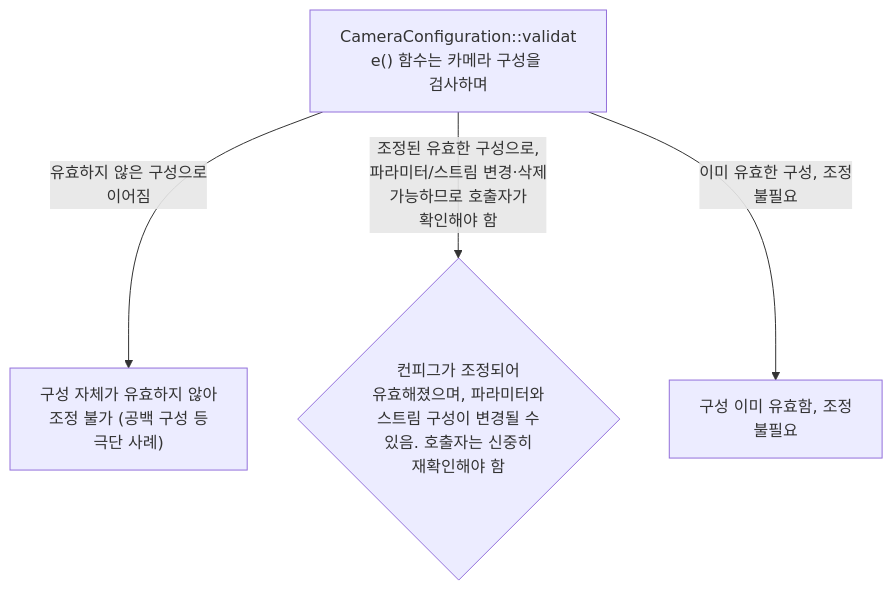
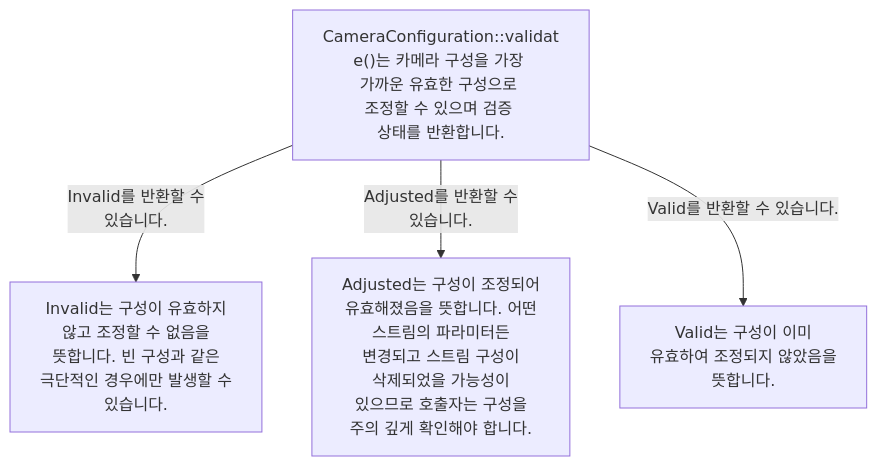
The first of 2 diagrams in docs/vendor-assurance.md (TTolsun/libcamera-sdd), drawn with Mermaid before and after one commit. The commit also changed other lines of this file and 302 other files, not shown here.

````diff
--- a/docs/vendor-assurance.md
+++ b/docs/vendor-assurance.md
@@ -37,11 +37,11 @@
 ```mermaid
 flowchart TB
-%% sdd:translations {"CameraConfiguration::validat<br/>e() 함수는 카메라 구성을 <br/>검사하며": "The <br/>CameraConfiguration::validat<br/>e() function checks the <br/>camera configuration and", "구성 이미 유효함, 조정 <br/>불필요": "Configuration already <br/>valid, no adjustment needed", "구성 자체가 유효하지 않아 <br/>조정 불가 (공백 구성 등 <br/>극단 사례)": "Configuration itself is <br/>invalid and cannot be <br/>adjusted (extreme cases <br/>like empty configuration)", "유효하지 않은 구성으로 <br/>이어짐": "Leads to invalid <br/>configuration status", "이미 유효한 구성, 조정 <br/>불필요": "Already valid config, no <br/>adjustment needed", "조정된 유효한 구성으로, <br/>파라미터/스트림 변경·삭제 <br/>가능하므로 호출자가 <br/>확인해야 함": "To adjusted valid config; <br/>parameters/streams may have <br/>been changed or removed; <br/>caller must verify", "컨피그가 조정되어 <br/>유효해졌으며, 파라미터와 <br/>스트림 구성이 변경될 수 <br/>있음. 호출자는 신중히 <br/>재확인해야 함": "Configuration was adjusted <br/>and now valid; parameters <br/>or stream configurations <br/>may have been changed; <br/>caller must check carefully"}
-  v_n0["CameraConfiguration::validat<br/>e() 함수는 카메라 구성을 <br/>검사하며"]
-  v_n1["구성 자체가 유효하지 않아 <br/>조정 불가 (공백 구성 등 <br/>극단 사례)"]
-  v_n2{"컨피그가 조정되어 <br/>유효해졌으며, 파라미터와 <br/>스트림 구성이 변경될 수 <br/>있음. 호출자는 신중히 <br/>재확인해야 함"}
-  v_n3["구성 이미 유효함, 조정 <br/>불필요"]
-  v_n0 -->|"유효하지 않은 구성으로 <br/>이어짐"| v_n1
-  v_n0 -->|"조정된 유효한 구성으로, <br/>파라미터/스트림 변경·삭제 <br/>가능하므로 호출자가 <br/>확인해야 함"| v_n2
-  v_n0 -->|"이미 유효한 구성, 조정 <br/>불필요"| v_n3
+%% sdd:translations {"Adjusted는 구성이 조정되어 <br/>유효해졌음을 뜻합니다. 어떤 <br/>스트림의 파라미터든 <br/>변경되고 스트림 구성이 <br/>삭제되었을 가능성이 <br/>있으므로 호출자는 구성을 <br/>주의 깊게 확인해야 합니다.": "Adjusted means the <br/>configuration has been <br/>adjusted and is now valid. <br/>Parameters for any stream <br/>may have changed and stream <br/>configurations may have <br/>been removed, so the caller <br/>must check the <br/>configuration carefully.", "Adjusted를 반환할 수 <br/>있습니다.": "It may return Adjusted.", "CameraConfiguration::validat<br/>e()는 카메라 구성을 가장 <br/>가까운 유효한 구성으로 <br/>조정할 수 있으며 검증 <br/>상태를 반환합니다.": "CameraConfiguration::validat<br/>e() may adjust the camera <br/>configuration to the <br/>closest valid configuration <br/>and returns the validation <br/>status.", "Invalid는 구성이 유효하지 <br/>않고 조정할 수 없음을 <br/>뜻합니다. 빈 구성과 같은 <br/>극단적인 경우에만 발생할 수 <br/>있습니다.": "Invalid means the <br/>configuration is invalid <br/>and cannot be adjusted. It <br/>may occur only in extreme <br/>cases, such as an empty <br/>configuration.", "Invalid를 반환할 수 <br/>있습니다.": "It may return Invalid.", "Valid는 구성이 이미 <br/>유효하여 조정되지 않았음을 <br/>뜻합니다.": "Valid means the <br/>configuration was already <br/>valid and has not been <br/>adjusted.", "Valid를 반환할 수 있습니다.": "It may return Valid."}
+  v_n0["CameraConfiguration::validat<br/>e()는 카메라 구성을 가장 <br/>가까운 유효한 구성으로 <br/>조정할 수 있으며 검증 <br/>상태를 반환합니다."]
+  v_n1["Invalid는 구성이 유효하지 <br/>않고 조정할 수 없음을 <br/>뜻합니다. 빈 구성과 같은 <br/>극단적인 경우에만 발생할 수 <br/>있습니다."]
+  v_n2["Adjusted는 구성이 조정되어 <br/>유효해졌음을 뜻합니다. 어떤 <br/>스트림의 파라미터든 <br/>변경되고 스트림 구성이 <br/>삭제되었을 가능성이 <br/>있으므로 호출자는 구성을 <br/>주의 깊게 확인해야 합니다."]
+  v_n3["Valid는 구성이 이미 <br/>유효하여 조정되지 않았음을 <br/>뜻합니다."]
+  v_n0 -->|"Invalid를 반환할 수 <br/>있습니다."| v_n1
+  v_n0 -->|"Adjusted를 반환할 수 <br/>있습니다."| v_n2
+  v_n0 -->|"Valid를 반환할 수 있습니다."| v_n3
 ```
````
